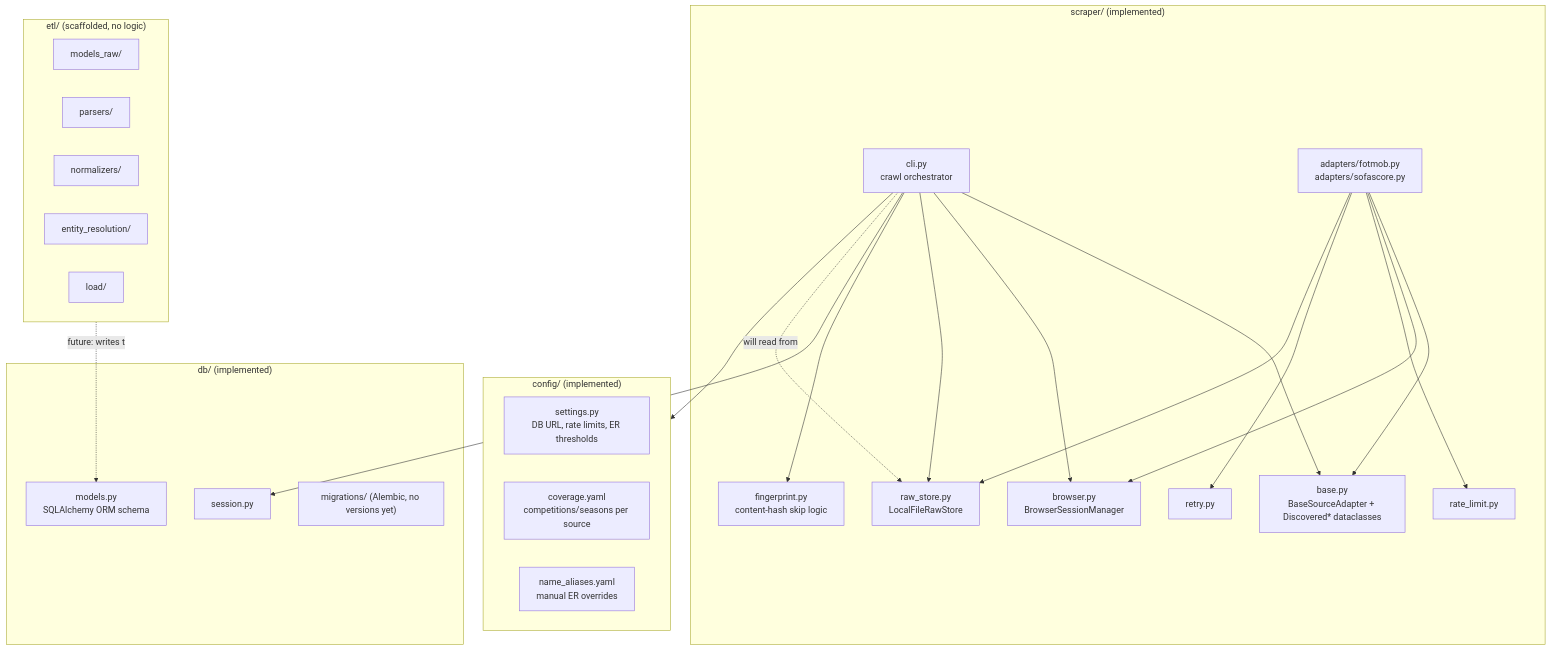
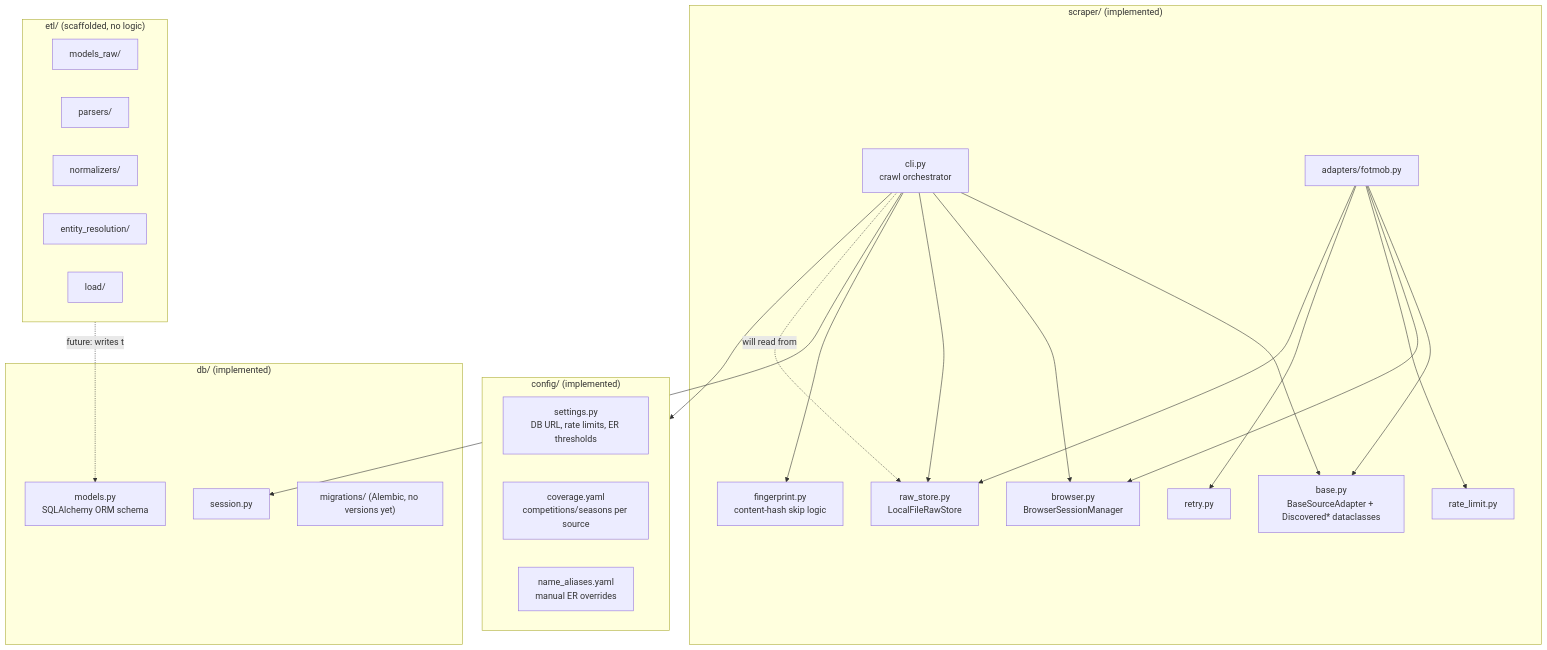
Before and after one commit to iamadarsh0309/scout_it: the third of 3 diagrams in README.md, drawn with Mermaid. The commit also changed other lines of this file and 6 other files, not shown here.

````diff
--- a/README.md
+++ b/README.md
@@ -60,47 +64,47 @@
 ```mermaid
 flowchart TB
     subgraph config["config/ (implemented)"]
         settings[settings.py<br/>DB URL, rate limits, ER thresholds]
         coverage[coverage.yaml<br/>competitions/seasons per source]
         aliases[name_aliases.yaml<br/>manual ER overrides]
     end
 
     subgraph scraper["scraper/ (implemented)"]
         cli[cli.py<br/>crawl orchestrator]
         base[base.py<br/>BaseSourceAdapter + Discovered* dataclasses]
         browser[browser.py<br/>BrowserSessionManager]
         ratelimit[rate_limit.py]
         retry[retry.py]
         rawstore[raw_store.py<br/>LocalFileRawStore]
         fingerprint[fingerprint.py<br/>content-hash skip logic]
-        adapters["adapters/fotmob.py<br/>adapters/sofascore.py"]
+        adapters["adapters/fotmob.py"]
     end
 
     subgraph db["db/ (implemented)"]
         models[models.py<br/>SQLAlchemy ORM schema]
         session[session.py]
         migrations["migrations/ (Alembic, no versions yet)"]
     end
 
     subgraph etl["etl/ (scaffolded, no logic)"]
         modelsraw[models_raw/]
         parsers[parsers/]
         normalizers[normalizers/]
         entityres[entity_resolution/]
         load[load/]
     end
 
     cli --> base
     cli --> browser
     cli --> rawstore
     cli --> fingerprint
     cli --> config
     cli --> session
     adapters --> base
     adapters --> browser
     adapters --> ratelimit
     adapters --> retry
     adapters --> rawstore
     cli -.will read from.-> rawstore
     etl -.future: writes to.-> models
 ```
````
